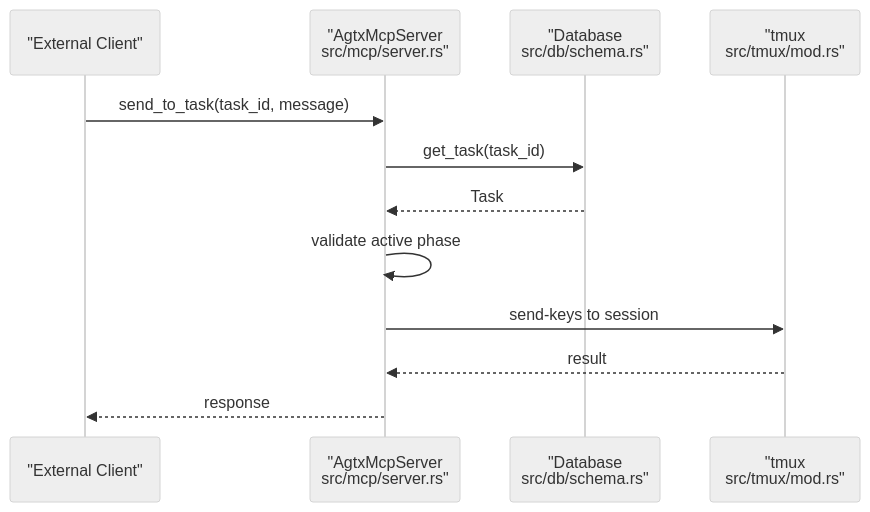
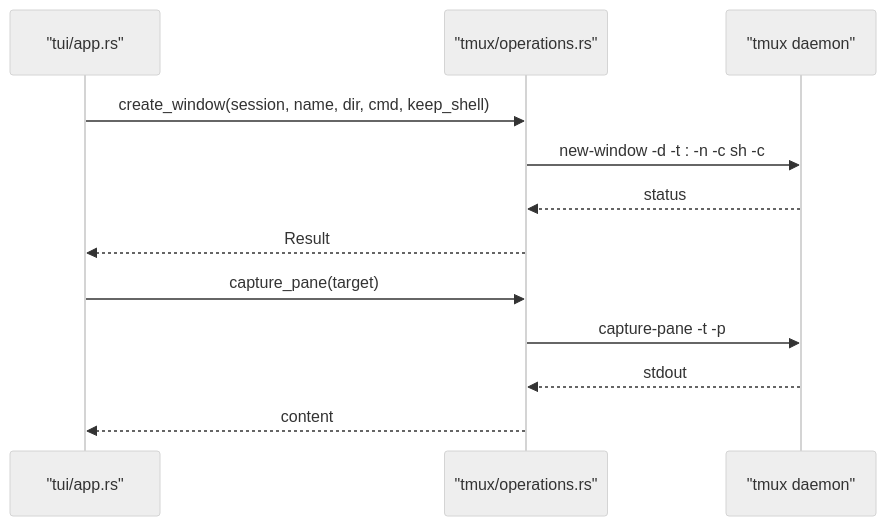
The fifth of 8 diagrams in .qoder/repowiki/en/content/Advanced Features/Performance Optimization.md (bramburn/agtx), drawn with Mermaid (neutral theme) before and after one commit. The commit also changed other lines of this file and 140 other files, not shown here.

First line of the commit message:
fix(tui): add F2 footer navigation support to shell popup

````diff
--- a/.qoder/repowiki/en/content/Advanced Features/Performance Optimization.md
+++ b/.qoder/repowiki/en/content/Advanced Features/Performance Optimization.md
@@ -284,14 +184,14 @@
 ```mermaid
 sequenceDiagram
-participant Client as "External Client"
-participant MCP as "AgtxMcpServer<br/>src/mcp/server.rs"
-participant DB as "Database<br/>src/db/schema.rs"
-participant TM as "tmux<br/>src/tmux/mod.rs"
-Client->>MCP : send_to_task(task_id, message)
-MCP->>DB : get_task(task_id)
-DB-->>MCP : Task
-MCP->>MCP : validate active phase
-MCP->>TM : send-keys to session
-TM-->>MCP : result
-MCP-->>Client : response
+participant TUI as "tui/app.rs"
+participant OPS as "tmux/operations.rs"
+participant TMUX as "tmux daemon"
+TUI->>OPS : create_window(session, name, dir, cmd, keep_shell)
+OPS->>TMUX : new-window -d -t : -n -c sh -c
+TMUX-->>OPS : status
+OPS-->>TUI : Result
+TUI->>OPS : capture_pane(target)
+OPS->>TMUX : capture-pane -t -p
+TMUX-->>OPS : stdout
+OPS-->>TUI : content
 ```
````
